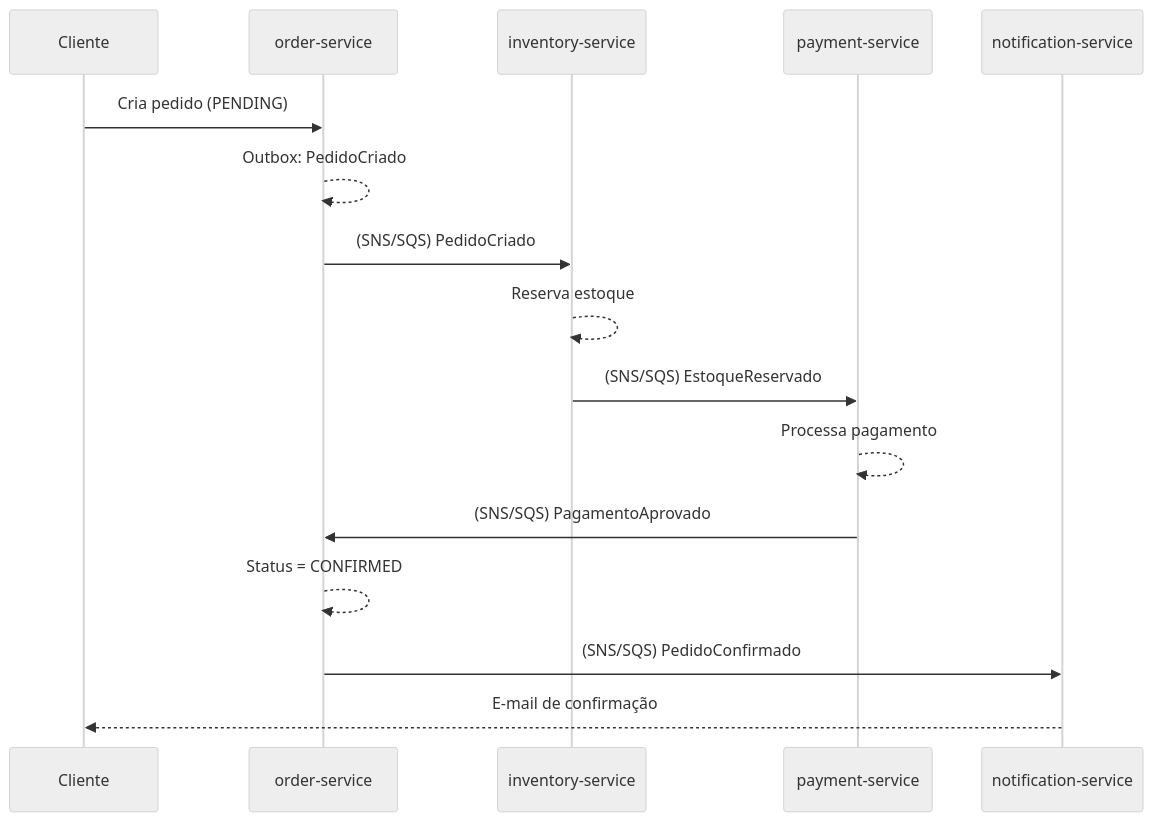
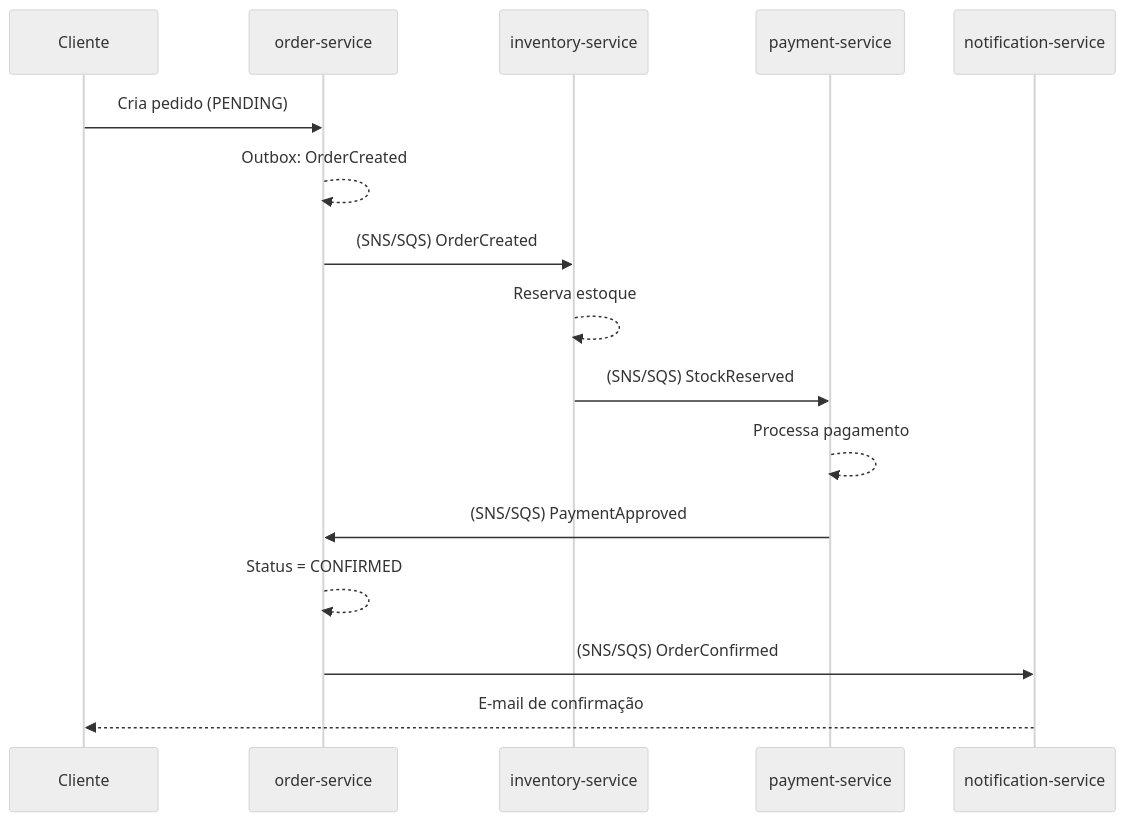
Before and after one commit to gutomelo/ecommerce-microservices: the first of 2 diagrams in ecommerce-platform/docs/saga/fluxo-saga.md, drawn with Mermaid (neutral theme). The commit also changed other lines of this file and 5 other files, not shown here.

````diff
--- a/ecommerce-platform/docs/saga/fluxo-saga.md
+++ b/ecommerce-platform/docs/saga/fluxo-saga.md
@@ -7,19 +7,19 @@
 ```mermaid
 sequenceDiagram
     participant Cliente
     participant Order as order-service
     participant Inventory as inventory-service
     participant Payment as payment-service
     participant Notification as notification-service
 
     Cliente->>Order: Cria pedido (PENDING)
-    Order-->>Order: Outbox: PedidoCriado
-    Order->>Inventory: (SNS/SQS) PedidoCriado
+    Order-->>Order: Outbox: OrderCreated
+    Order->>Inventory: (SNS/SQS) OrderCreated
     Inventory-->>Inventory: Reserva estoque
-    Inventory->>Payment: (SNS/SQS) EstoqueReservado
+    Inventory->>Payment: (SNS/SQS) StockReserved
     Payment-->>Payment: Processa pagamento
-    Payment->>Order: (SNS/SQS) PagamentoAprovado
+    Payment->>Order: (SNS/SQS) PaymentApproved
     Order-->>Order: Status = CONFIRMED
-    Order->>Notification: (SNS/SQS) PedidoConfirmado
+    Order->>Notification: (SNS/SQS) OrderConfirmed
     Notification-->>Cliente: E-mail de confirmação
 ```
````
